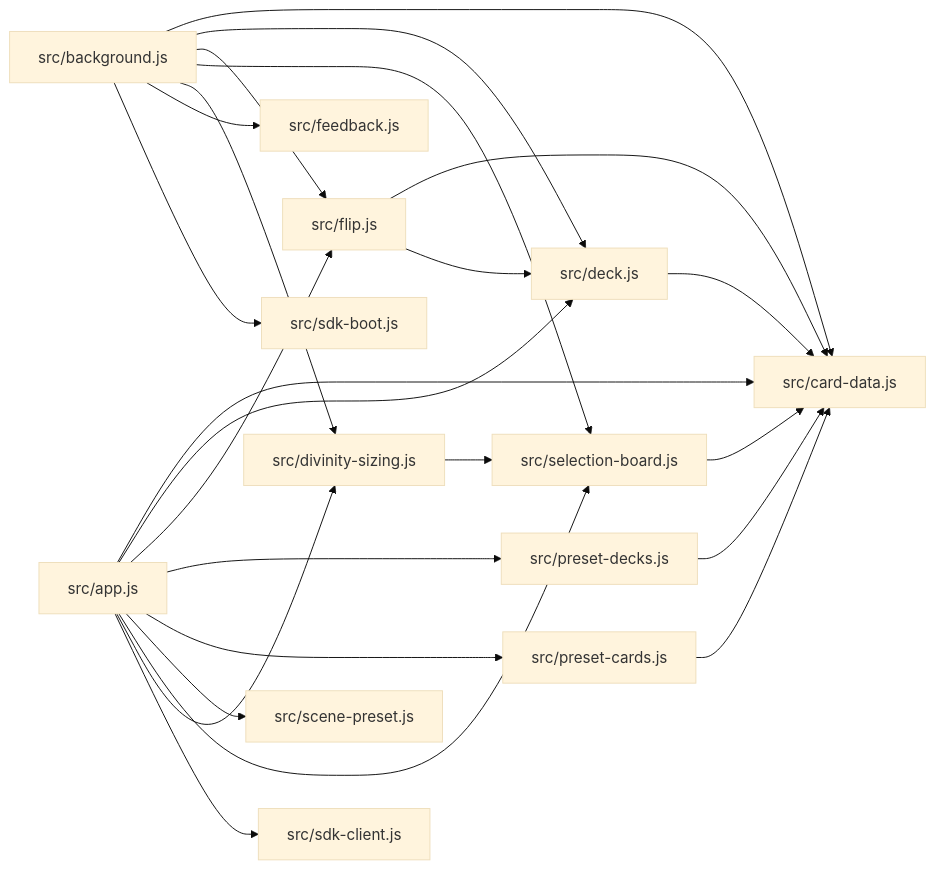
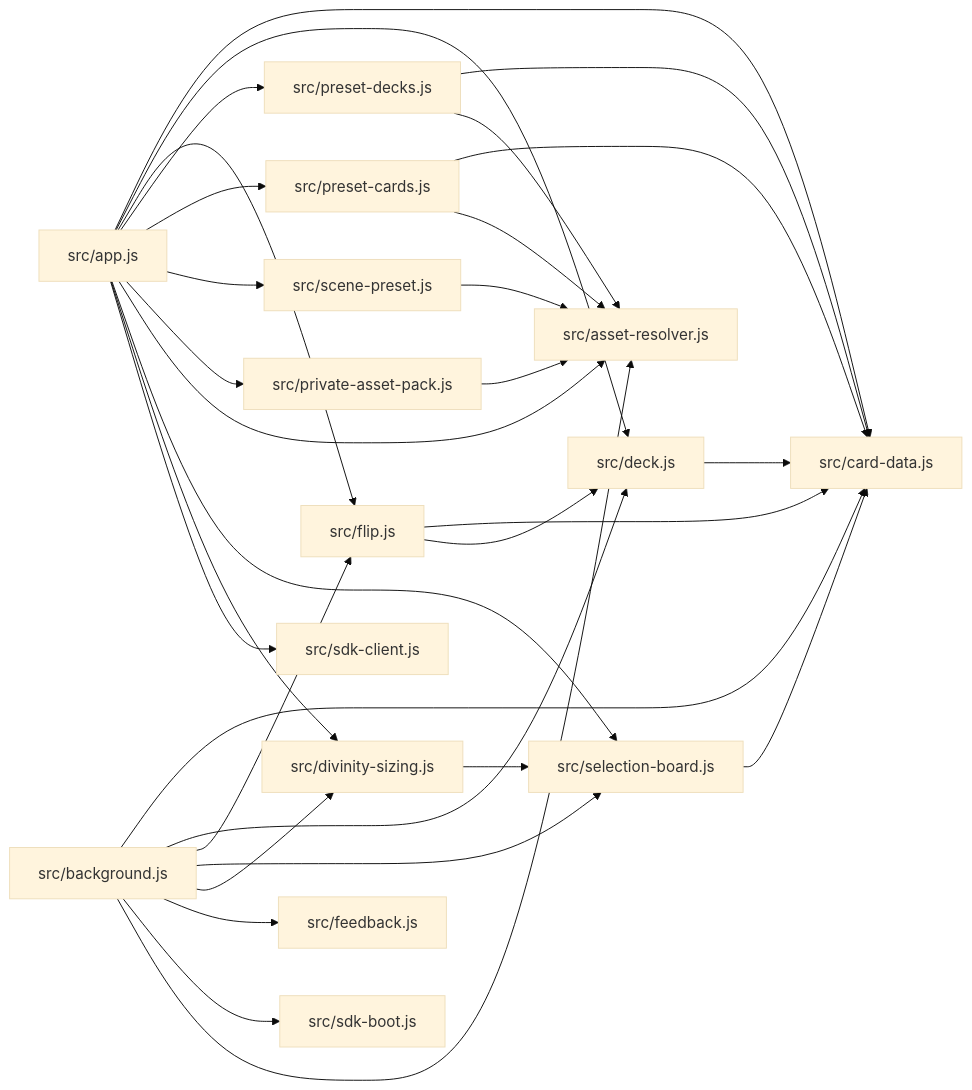
One commit to DemonRider0/Double-Sided-Cards changed the second of 9 diagrams in docs/ARCHITECTURE.md. Above: the diagram before and after it, drawn with Mermaid (base theme). The commit also changed other lines of this file and 996 other files, not shown here.

Commit message:
Separate public core from private asset pack

````diff
--- a/docs/ARCHITECTURE.md
+++ b/docs/ARCHITECTURE.md
@@ -82,28 +73,35 @@
 ```mermaid
 flowchart LR
   app["src/app.js"] --> card["src/card-data.js"]
   app --> deck["src/deck.js"]
   app --> flip["src/flip.js"]
   app --> presetDecks["src/preset-decks.js"]
   app --> presetCards["src/preset-cards.js"]
   app --> scenePreset["src/scene-preset.js"]
+  app --> privatePack["src/private-asset-pack.js"]
+  app --> resolver["src/asset-resolver.js"]
   app --> selection["src/selection-board.js"]
   app --> divinity["src/divinity-sizing.js"]
   app --> obr["src/sdk-client.js"]
 
   background["src/background.js"] --> card
   background --> deck
   background --> flip
   background --> selection
   background --> divinity
   background --> feedback["src/feedback.js"]
   background --> obr2["src/sdk-boot.js"]
+  background --> resolver
 
   deck --> card
   flip --> card
   flip --> deck
   selection --> card
   divinity --> selection
   presetDecks --> card
   presetCards --> card
+  presetDecks --> resolver
+  presetCards --> resolver
+  scenePreset --> resolver
+  privatePack --> resolver
 ```
````
